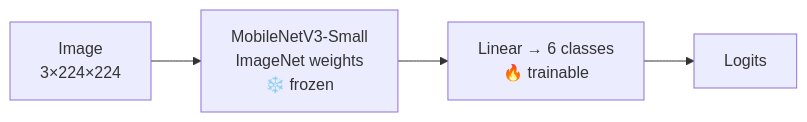
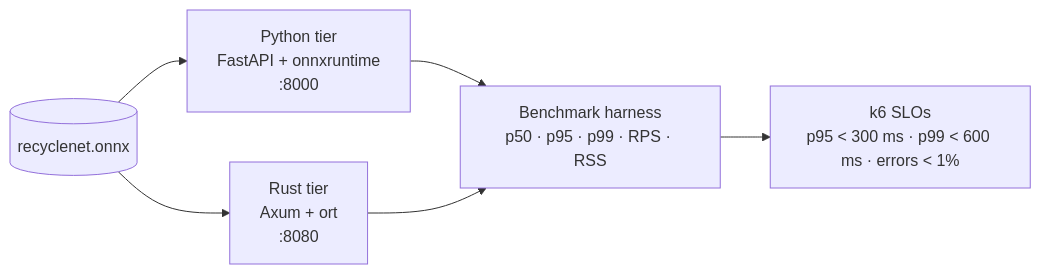
The second of 4 diagrams in README.md (PilotLeoYan/RecycleNet-K8s), drawn with Mermaid before and after one commit. The commit also changed other lines of this file, not shown here.

First line of the commit message:
docs(readme): rewrite README with phase diagrams and model results (#120)

````diff
--- a/README.md
+++ b/README.md
@@ -36,6 +79,8 @@
 ```mermaid
 flowchart LR
-    IMG["Image<br/>3×224×224"] --> B["MobileNetV3-Small<br/>ImageNet weights<br/>❄️ frozen"]
-    B --> C["Linear → 6 classes<br/>🔥 trainable"]
-    C --> P["Logits"]
+    MODEL[("recyclenet.onnx")] --> PY["Python tier<br/>FastAPI + onnxruntime<br/>:8000"]
+    MODEL --> RS["Rust tier<br/>Axum + ort<br/>:8080"]
+    PY --> BENCH["Benchmark harness<br/>p50 · p95 · p99 · RPS · RSS"]
+    RS --> BENCH
+    BENCH --> SLO["k6 SLOs<br/>p95 < 300 ms · p99 < 600 ms · errors < 1%"]
 ```
````
